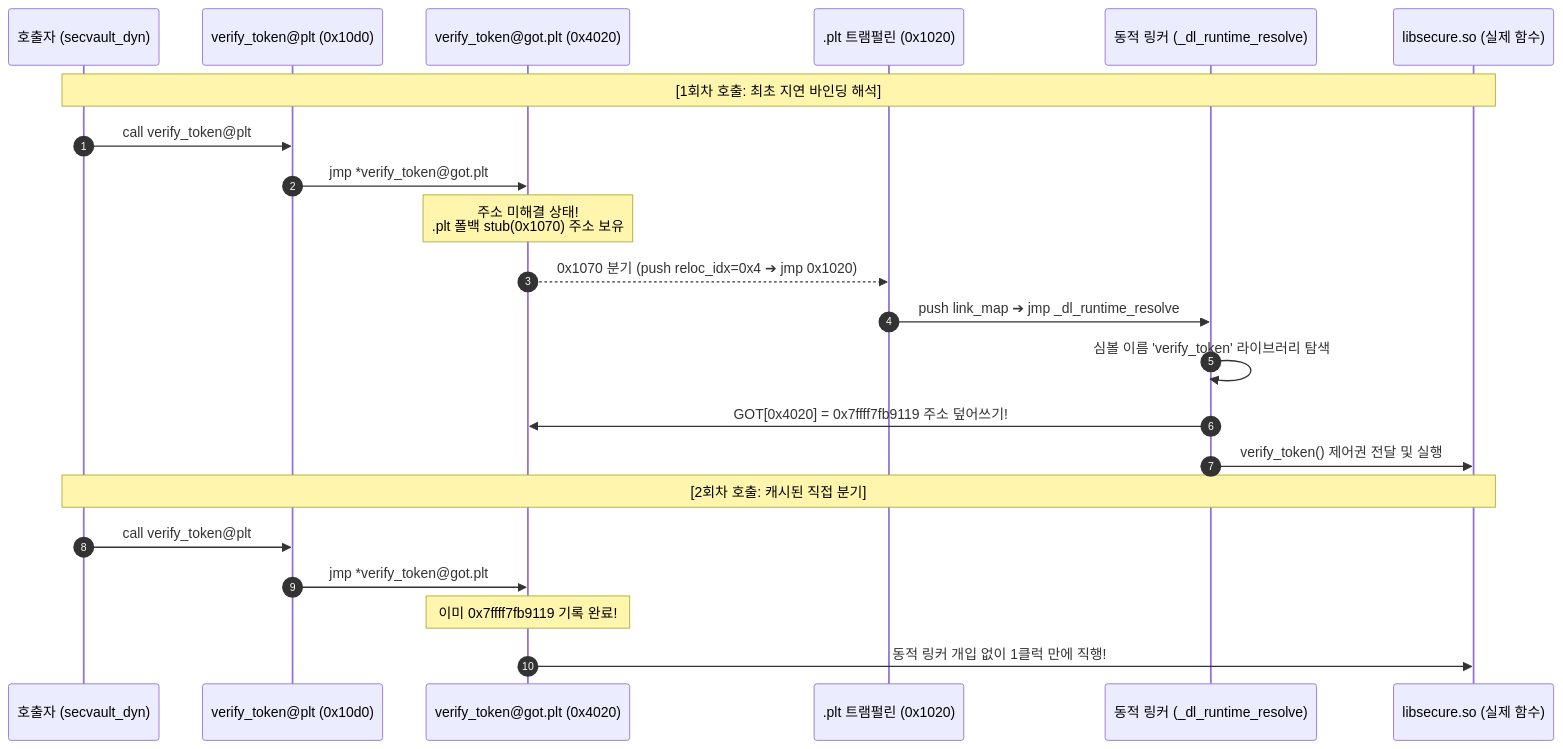
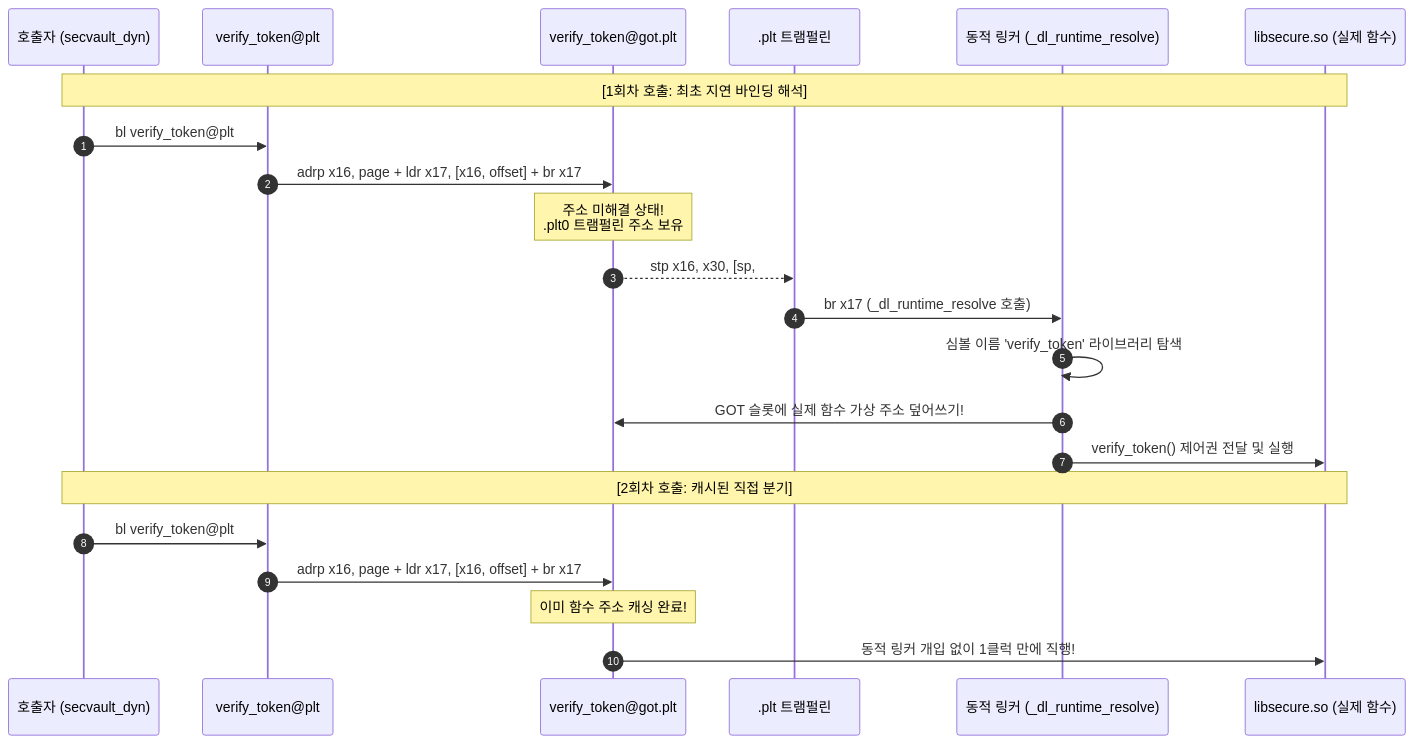
The diagram in docs/ko/principles/09-dynamic-linking-and-loading.md (auking45/linux-kernel-hardening-lab), drawn with Mermaid before and after one commit. The commit also changed other lines of this file and 23 other files, not shown here.

First line of the commit message:
feat(principles): transition labs 06-09 and docs to AArch64 default dual architecture

````diff
--- a/docs/ko/principles/09-dynamic-linking-and-loading.md
+++ b/docs/ko/principles/09-dynamic-linking-and-loading.md
@@ -55,26 +55,26 @@
 ```mermaid
 sequenceDiagram
     autonumber
     participant App as 호출자 (secvault_dyn)
-    participant PLT_SEC as verify_token@plt (0x10d0)
-    participant GOT as verify_token@got.plt (0x4020)
-    participant PLT_0 as .plt 트램펄린 (0x1020)
+    participant PLT_SEC as verify_token@plt
+    participant GOT as verify_token@got.plt
+    participant PLT_0 as .plt 트램펄린
     participant Linker as 동적 링커 (_dl_runtime_resolve)
     participant Lib as libsecure.so (실제 함수)
 
     Note over App,Lib: [1회차 호출: 최초 지연 바인딩 해석]
-    App->>PLT_SEC: call verify_token@plt
-    PLT_SEC->>GOT: jmp *verify_token@got.plt
-    Note over GOT: 주소 미해결 상태!<br/>.plt 폴백 stub(0x1070) 주소 보유
-    GOT-->>PLT_0: 0x1070 분기 (push reloc_idx=0x4 ➔ jmp 0x1020)
-    PLT_0->>Linker: push link_map ➔ jmp _dl_runtime_resolve
+    App->>PLT_SEC: bl verify_token@plt
+    PLT_SEC->>GOT: adrp x16, page + ldr x17, [x16, offset] + br x17
+    Note over GOT: 주소 미해결 상태!<br/>.plt0 트램펄린 주소 보유
+    GOT-->>PLT_0: stp x16, x30, [sp, #-16]! (GOT 슬롯 및 LR 보존)
+    PLT_0->>Linker: br x17 (_dl_runtime_resolve 호출)
     Linker->>Linker: 심볼 이름 'verify_token' 라이브러리 탐색
-    Linker->>GOT: GOT[0x4020] = 0x7ffff7fb9119 주소 덮어쓰기!
+    Linker->>GOT: GOT 슬롯에 실제 함수 가상 주소 덮어쓰기!
     Linker->>Lib: verify_token() 제어권 전달 및 실행
 
     Note over App,Lib: [2회차 호출: 캐시된 직접 분기]
-    App->>PLT_SEC: call verify_token@plt
-    PLT_SEC->>GOT: jmp *verify_token@got.plt
-    Note over GOT: 이미 0x7ffff7fb9119 기록 완료!
+    App->>PLT_SEC: bl verify_token@plt
+    PLT_SEC->>GOT: adrp x16, page + ldr x17, [x16, offset] + br x17
+    Note over GOT: 이미 함수 주소 캐싱 완료!
     GOT->>Lib: 동적 링커 개입 없이 1클럭 만에 직행!
 ```
````
